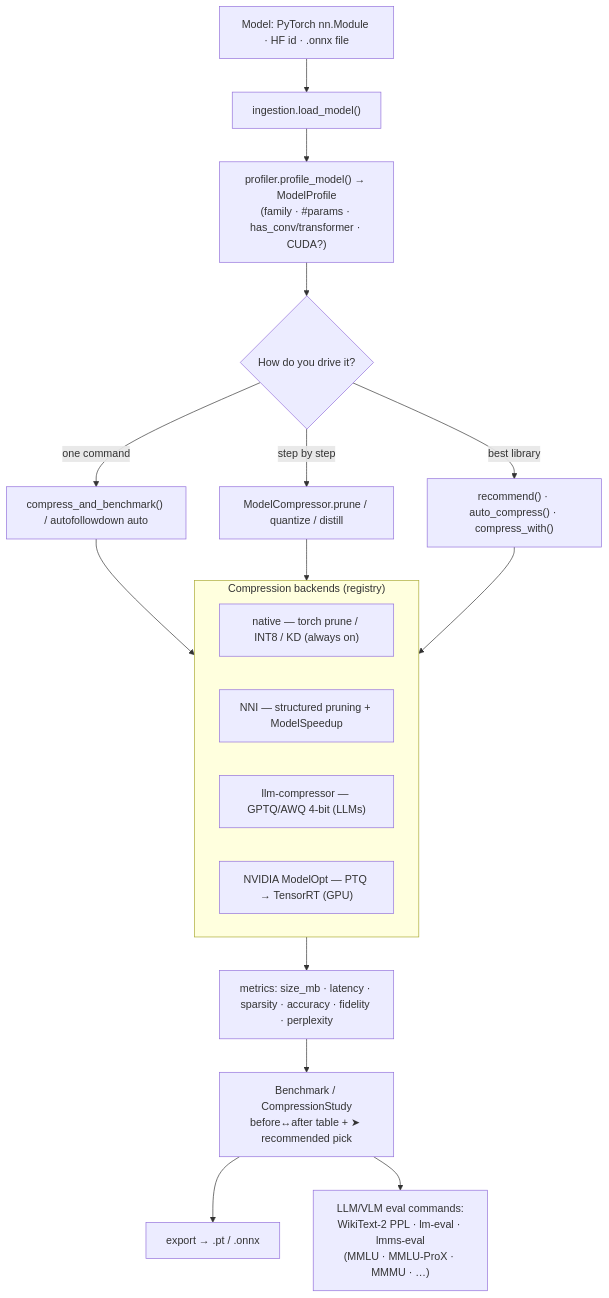
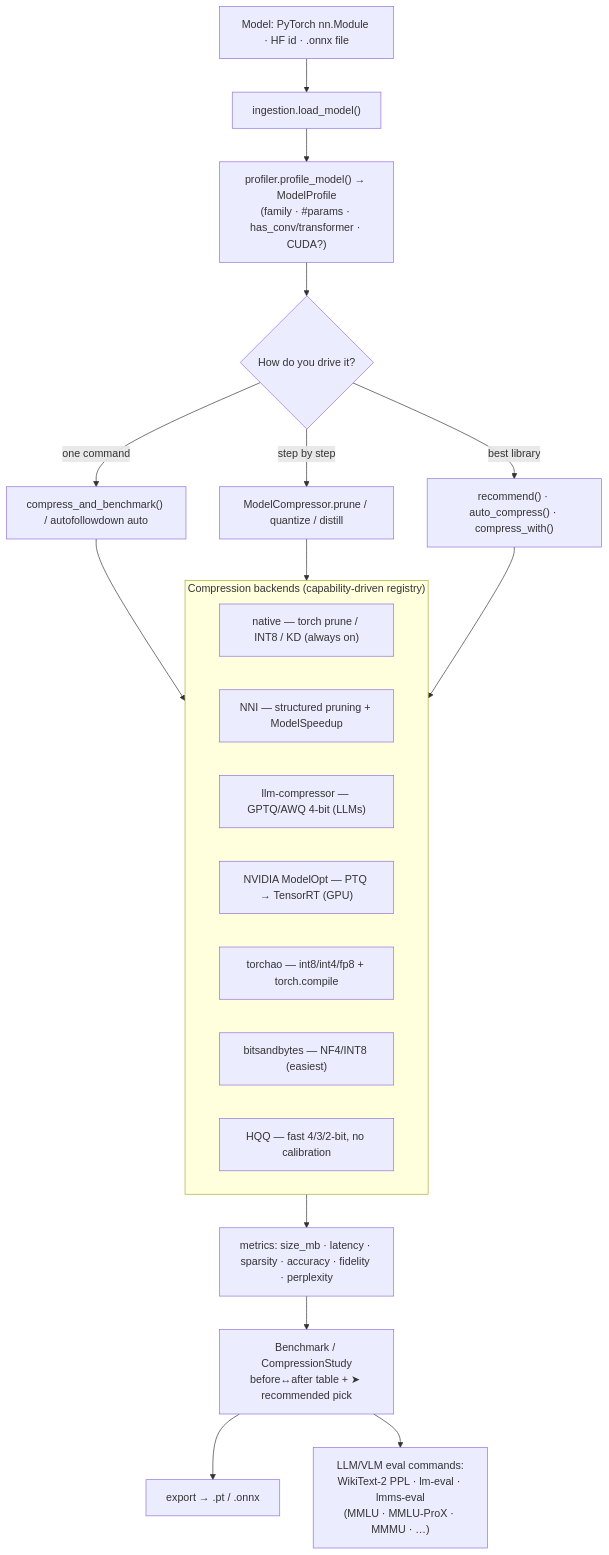
Before and after one commit to peetwan/autofollowdown: the diagram in README.md, drawn with Mermaid. The commit also changed other lines of this file and 18 other files, not shown here.

First line of the commit message:
Release 0.2.0: capability-driven router, 3 new backends, ~70x faster CLI, pro repo

````diff
--- a/README.md
+++ b/README.md
@@ -363,22 +405,25 @@
 ```mermaid
 flowchart TD
     A["Model: PyTorch nn.Module · HF id · .onnx file"] --> B["ingestion.load_model()"]
     B --> C["profiler.profile_model() → ModelProfile<br/>(family · #params · has_conv/transformer · CUDA?)"]
     C --> D{"How do you drive it?"}
     D -->|"one command"| E["compress_and_benchmark() / autofollowdown auto"]
     D -->|"step by step"| F["ModelCompressor.prune / quantize / distill"]
     D -->|"best library"| G["recommend() · auto_compress() · compress_with()"]
     E --> H
     F --> H
     G --> H
-    subgraph H["Compression backends (registry)"]
+    subgraph H["Compression backends (capability-driven registry)"]
       H1["native — torch prune / INT8 / KD (always on)"]
       H2["NNI — structured pruning + ModelSpeedup"]
       H3["llm-compressor — GPTQ/AWQ 4-bit (LLMs)"]
       H4["NVIDIA ModelOpt — PTQ → TensorRT (GPU)"]
+      H5["torchao — int8/int4/fp8 + torch.compile"]
+      H6["bitsandbytes — NF4/INT8 (easiest)"]
+      H7["HQQ — fast 4/3/2-bit, no calibration"]
     end
     H --> I["metrics: size_mb · latency · sparsity · accuracy · fidelity · perplexity"]
     I --> J["Benchmark / CompressionStudy<br/>before↔after table + ➤ recommended pick"]
     J --> K["export → .pt / .onnx"]
     J --> L["LLM/VLM eval commands:<br/>WikiText-2 PPL · lm-eval · lmms-eval<br/>(MMLU · MMLU-ProX · MMMU · …)"]
 ```
````
